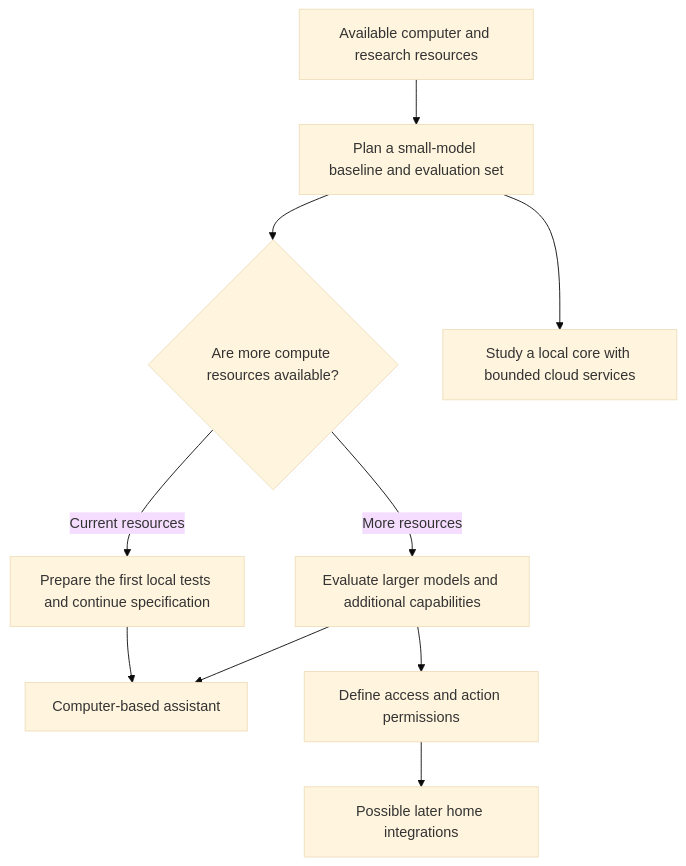
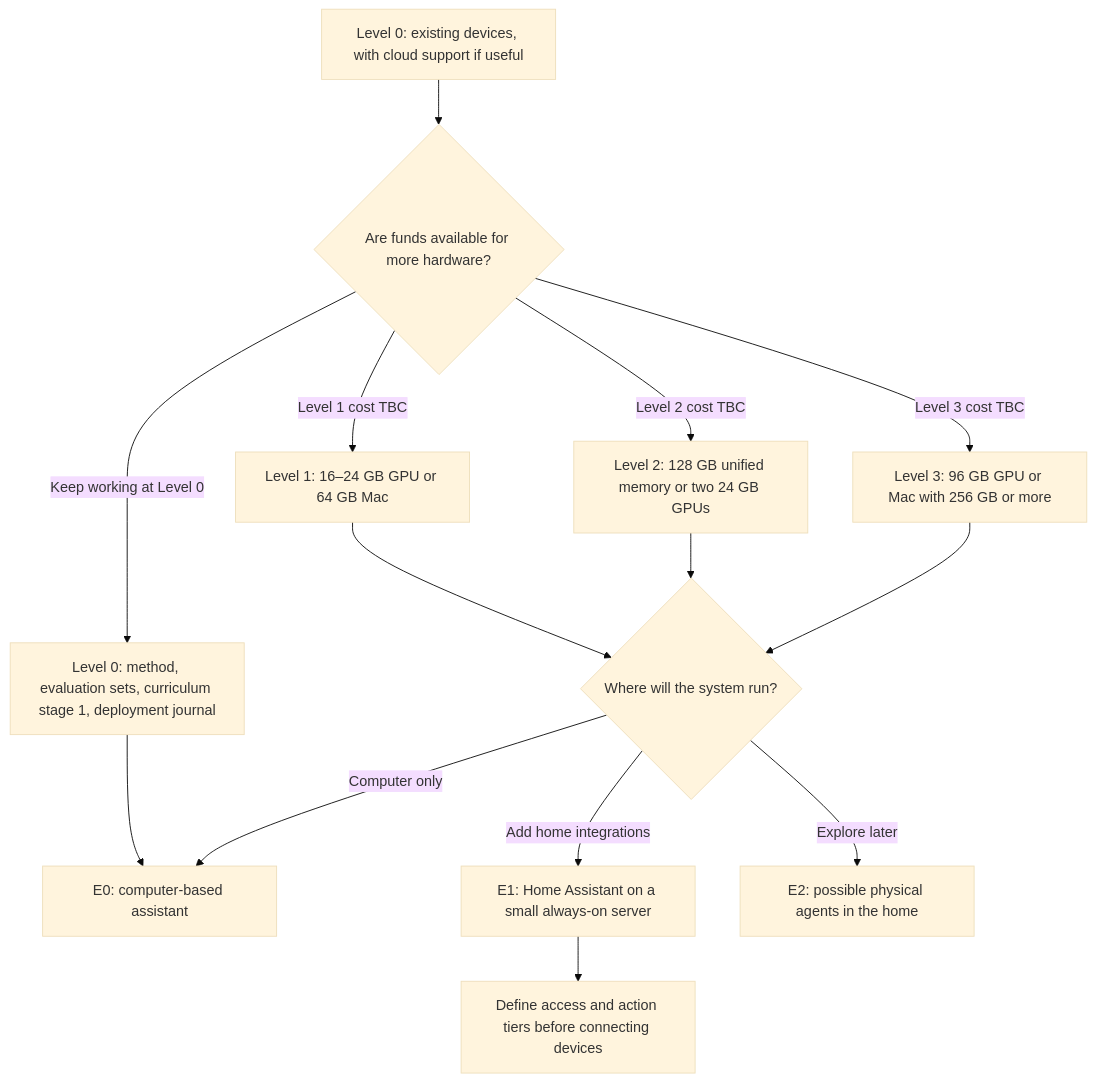
Before and after one commit to oleksandraponomarenko/local-llm-lab-showcase: the second of 4 diagrams in roadmap/README.md, drawn with Mermaid (base theme). The commit also changed other lines of this file and 1 other file, not shown here.

Commit message:
Publish expanded Roadmap v2 and showcase build tree

````diff
--- a/roadmap/README.md
+++ b/roadmap/README.md
@@ -11,12 +67,16 @@
 ```mermaid
 flowchart TD
-    Start["Available computer and research resources"] --> Base["Plan a small-model baseline and evaluation set"]
-    Base --> Resources{"Are more compute resources available?"}
-    Resources -->|Current resources| Continue["Prepare the first local tests and continue specification"]
-    Resources -->|More resources| Scale["Evaluate larger models and additional capabilities"]
-    Base --> Hybrid["Study a local core with bounded cloud services"]
-    Continue --> Computer["Computer-based assistant"]
-    Scale --> Computer
-    Scale --> Access["Define access and action permissions"]
-    Access --> Home["Possible later home integrations"]
+    A["Level 0: existing devices, with cloud support if useful"] --> B{"Are funds available for more hardware?"}
+    B -->|"Keep working at Level 0"| A2["Level 0: method, evaluation sets, curriculum stage 1, deployment journal"]
+    B -->|"Level 1 cost TBC"| L1["Level 1: 16–24 GB GPU or 64 GB Mac"]
+    B -->|"Level 2 cost TBC"| L2["Level 2: 128 GB unified memory or two 24 GB GPUs"]
+    B -->|"Level 3 cost TBC"| L3["Level 3: 96 GB GPU or Mac with 256 GB or more"]
+    L1 --> E{"Where will the system run?"}
+    L2 --> E
+    L3 --> E
+    A2 --> E0
+    E -->|"Computer only"| E0["E0: computer-based assistant"]
+    E -->|"Add home integrations"| E1["E1: Home Assistant on a small always-on server"]
+    E -->|"Explore later"| E2["E2: possible physical agents in the home"]
+    E1 --> S["Define access and action tiers before connecting devices"]
 ```
````
